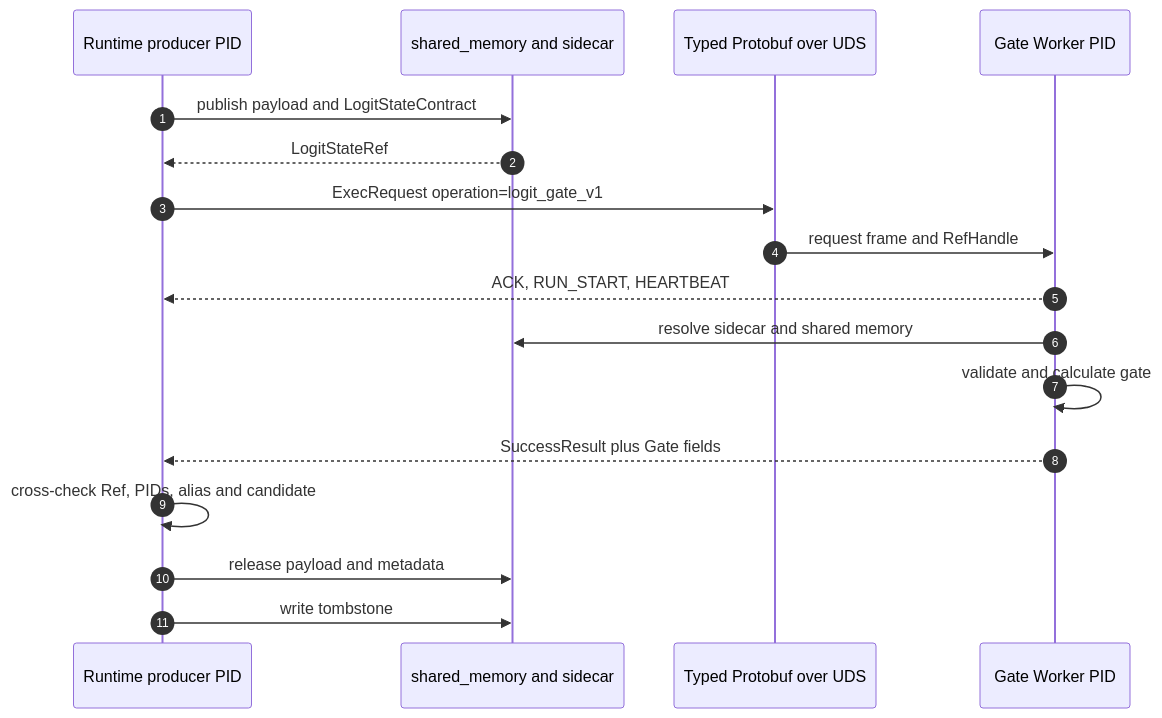
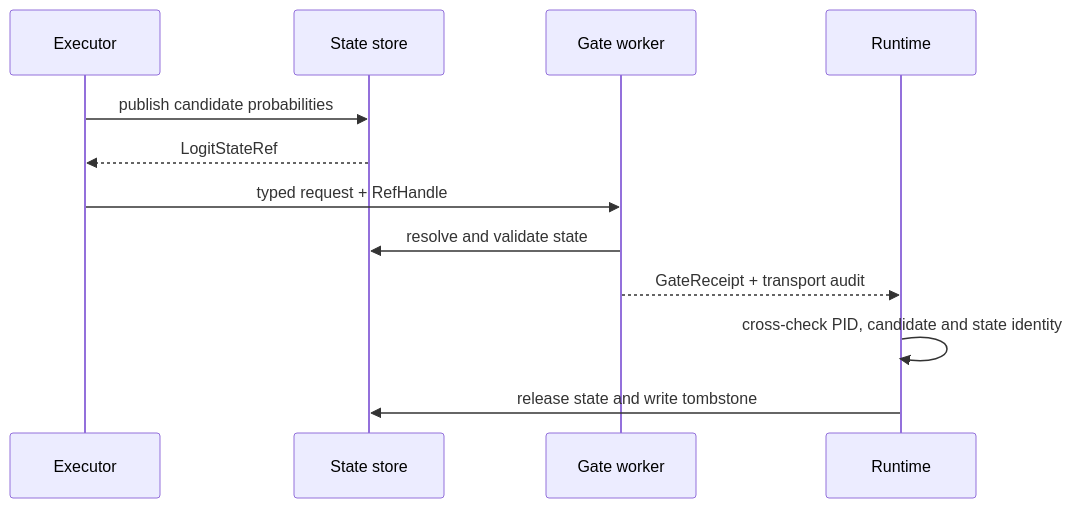
Before and after one commit to qcrs/os: the diagram in docs/implementation/runtime/logit-retry-gate.md, drawn with Mermaid. The commit also changed other lines of this file and 2507 other files, not shown here.

````diff
--- a/docs/implementation/runtime/logit-retry-gate.md
+++ b/docs/implementation/runtime/logit-retry-gate.md
@@ -95,20 +7,14 @@
-```mermaid
+~~~mermaid
 sequenceDiagram
-    autonumber
-    participant RT as Runtime producer PID
-    participant SHM as shared_memory and sidecar
-    participant UDS as Typed Protobuf over UDS
-    participant GW as Gate Worker PID
-
-    RT->>SHM: publish payload and LogitStateContract
-    SHM-->>RT: LogitStateRef
-    RT->>UDS: ExecRequest operation=logit_gate_v1
-    UDS->>GW: request frame and RefHandle
-    GW-->>RT: ACK, RUN_START, HEARTBEAT
-    GW->>SHM: resolve sidecar and shared memory
-    GW->>GW: validate and calculate gate
-    GW-->>RT: SuccessResult plus Gate fields
-    RT->>RT: cross-check Ref, PIDs, alias and candidate
-    RT->>SHM: release payload and metadata
-    RT->>SHM: write tombstone
-```
+    participant E as Executor
+    participant S as State store
+    participant G as Gate worker
+    participant R as Runtime
+    E->>S: publish candidate probabilities
+    S-->>E: LogitStateRef
+    E->>G: typed request + RefHandle
+    G->>S: resolve and validate state
+    G-->>R: GateReceipt + transport audit
+    R->>R: cross-check PID, candidate and state identity
+    R->>S: release state and write tombstone
+~~~
````
